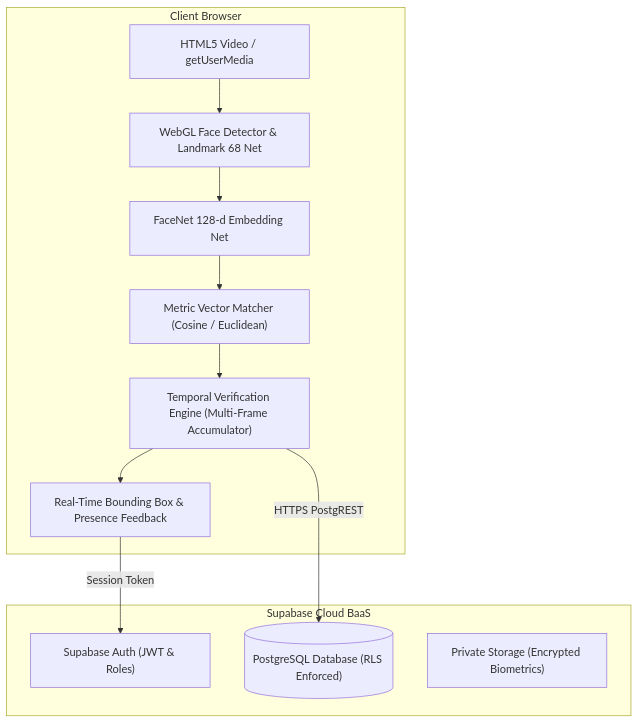
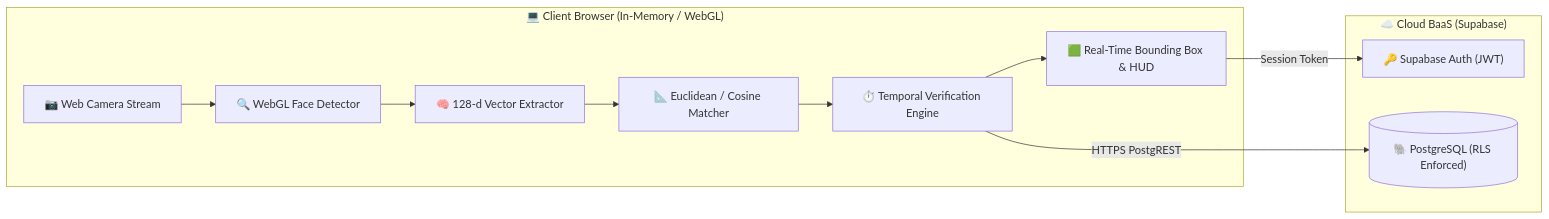
The diagram in README.md (DAKSHESHK3/Veyra), drawn with Mermaid before and after one commit. The commit also changed other lines of this file and 6 other files, not shown here.

````diff
--- a/README.md
+++ b/README.md
@@ -29,19 +61,18 @@
 ```mermaid
-graph TD
-    subgraph Browser ["Client Browser"]
-        Webcam["HTML5 Video / getUserMedia"] --> Detector["WebGL Face Detector & Landmark 68 Net"]
-        Detector --> Extractor["FaceNet 128-d Embedding Net"]
-        Extractor --> Matcher["Metric Vector Matcher (Cosine / Euclidean)"]
-        Matcher --> Temporal["Temporal Verification Engine (Multi-Frame Accumulator)"]
-        Temporal --> UI["Real-Time Bounding Box & Presence Feedback"]
+flowchart LR
+    subgraph Browser ["💻 Client Browser (In-Memory / WebGL)"]
+        Cam["📷 Web Camera Stream"] --> Det["🔍 WebGL Face Detector"]
+        Det --> Emb["🧠 128-d Vector Extractor"]
+        Emb --> Match["📐 Euclidean / Cosine Matcher"]
+        Match --> Temp["⏱️ Temporal Verification Engine"]
+        Temp --> Box["🟩 Real-Time Bounding Box & HUD"]
     end
 
-    subgraph Backend ["Supabase Cloud BaaS"]
-        Auth["Supabase Auth (JWT & Roles)"]
-        DB[("PostgreSQL Database (RLS Enforced)")]
-        Storage["Private Storage (Encrypted Biometrics)"]
+    subgraph Cloud ["☁️ Cloud BaaS (Supabase)"]
+        Auth["🔑 Supabase Auth (JWT)"]
+        DB[("🐘 PostgreSQL (RLS Enforced)")]
     end
 
-    Temporal -->|HTTPS PostgREST| DB
-    UI -->|Session Token| Auth
+    Temp -->|HTTPS PostgREST| DB
+    Box -->|Session Token| Auth
 ```
````
